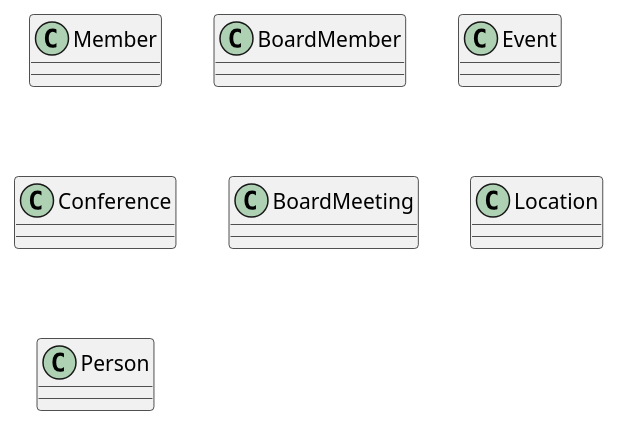
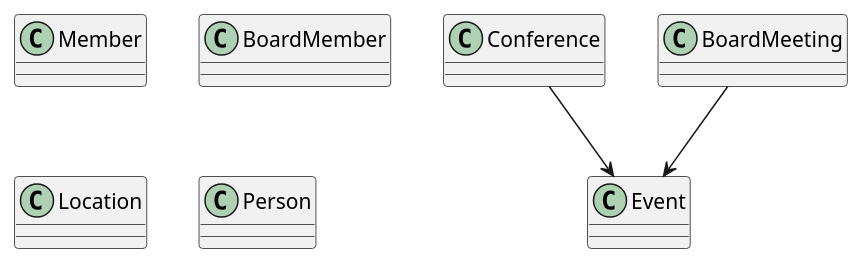
Before and after one commit to carlosforwin/UMLClasesCarlosPerez: the diagram in UML_CarlosPerez/UML_CarlosPerez.puml, drawn with PlantUML.

Commit message:
Ahora hemos juntado segun la jerarquia correspondiente las 2 clases unidad a la clase Event

```diff
--- a/UML_CarlosPerez/UML_CarlosPerez.puml
+++ b/UML_CarlosPerez/UML_CarlosPerez.puml
@@ -1,30 +1,34 @@
 @startuml
 class Member {
 
 }
 
 class BoardMember {
 
 }
 
 class Event {
 
 }
 
 class Conference {
 }
 
 class BoardMeeting {
 
 }
 
 class Location {
 
 }
 
 class Person {
 
 }
 
+Conference --> Event
+BoardMeeting --> Event
+
+
 
 @enduml
```
